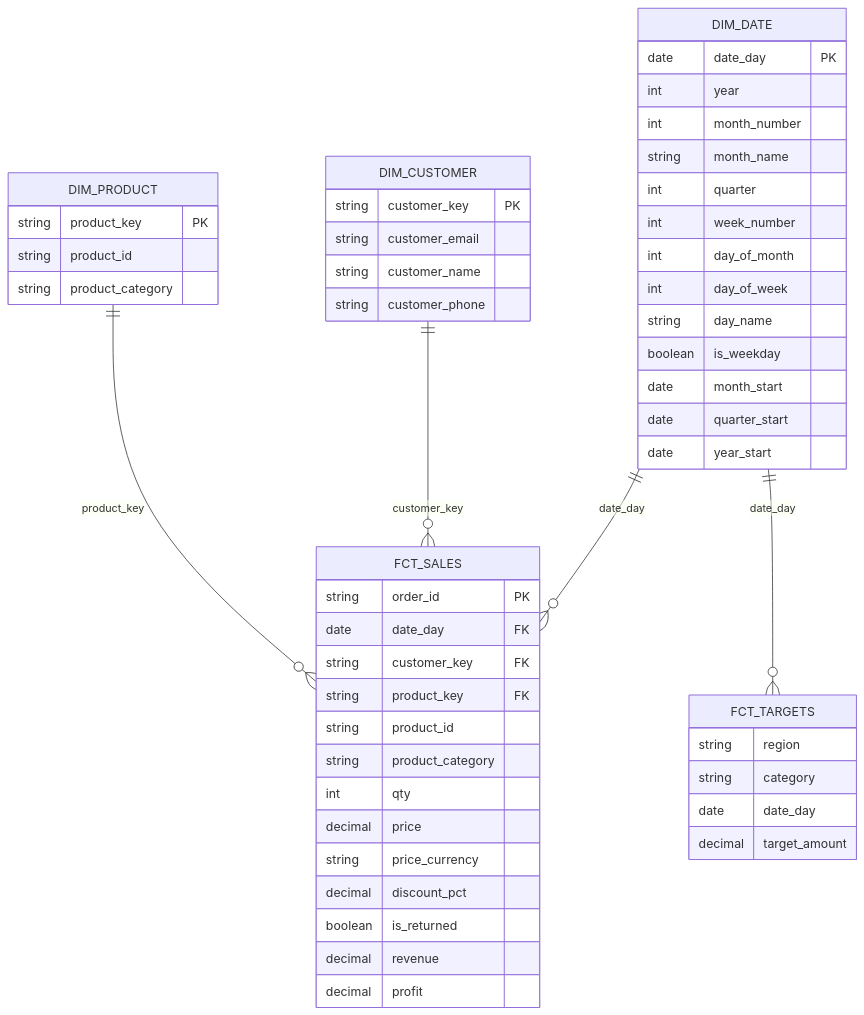
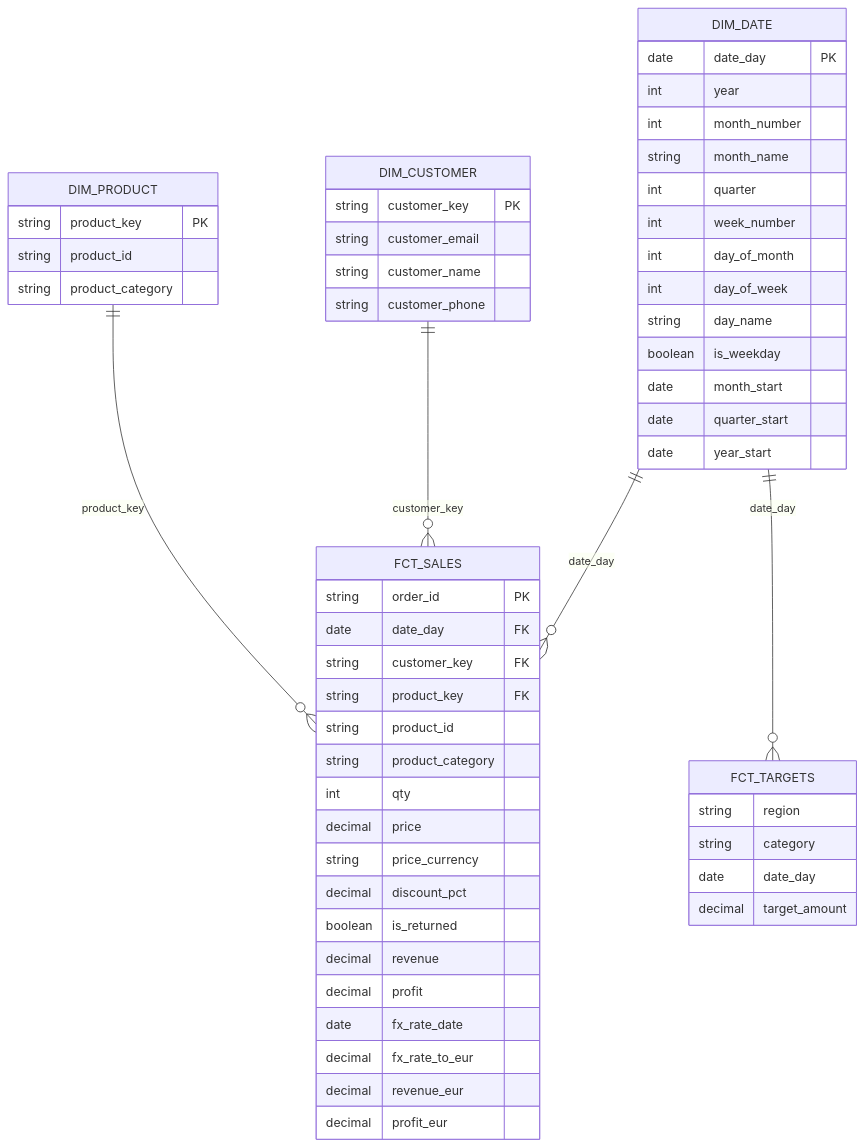
Before and after one commit to naiminho121/nova-retail-hackaton-project: the diagram in GOLD_ERD.md, drawn with Mermaid. The commit also changed other lines of this file and 9 other files, not shown here.

````diff
--- a/GOLD_ERD.md
+++ b/GOLD_ERD.md
@@ -1,60 +7,63 @@
 ```mermaid
 erDiagram
-
     DIM_DATE {
         date date_day PK
         int year
         int month_number
         string month_name
         int quarter
         int week_number
         int day_of_month
         int day_of_week
         string day_name
         boolean is_weekday
         date month_start
         date quarter_start
         date year_start
     }
 
     DIM_CUSTOMER {
         string customer_key PK
         string customer_email
         string customer_name
         string customer_phone
     }
 
     DIM_PRODUCT {
         string product_key PK
         string product_id
         string product_category
     }
 
     FCT_SALES {
         string order_id PK
         date date_day FK
         string customer_key FK
         string product_key FK
         string product_id
         string product_category
         int qty
         decimal price
         string price_currency
         decimal discount_pct
         boolean is_returned
         decimal revenue
         decimal profit
+        date fx_rate_date
+        decimal fx_rate_to_eur
+        decimal revenue_eur
+        decimal profit_eur
     }
 
     FCT_TARGETS {
         string region
         string category
         date date_day
         decimal target_amount
     }
 
     DIM_DATE ||--o{ FCT_SALES : "date_day"
     DIM_CUSTOMER ||--o{ FCT_SALES : "customer_key"
     DIM_PRODUCT ||--o{ FCT_SALES : "product_key"
     DIM_DATE ||--o{ FCT_TARGETS : "date_day"
 ```
````
